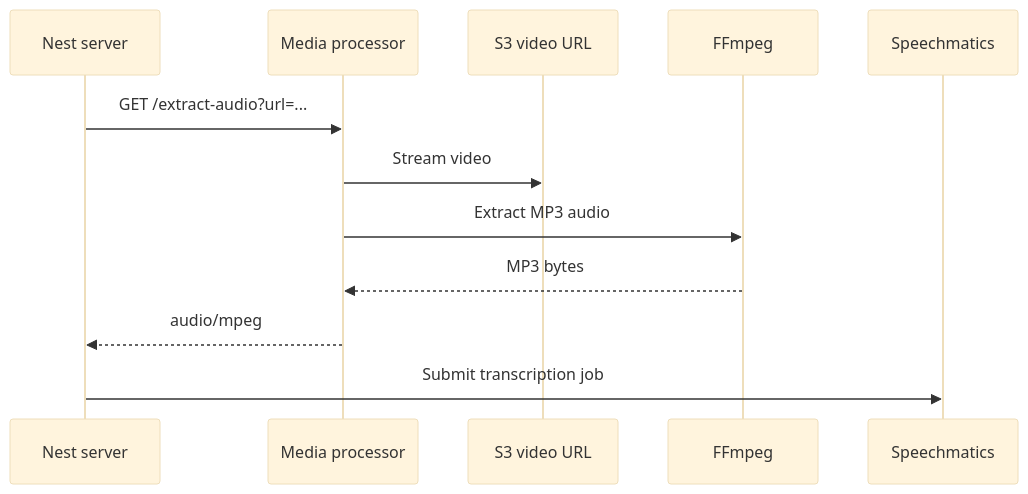
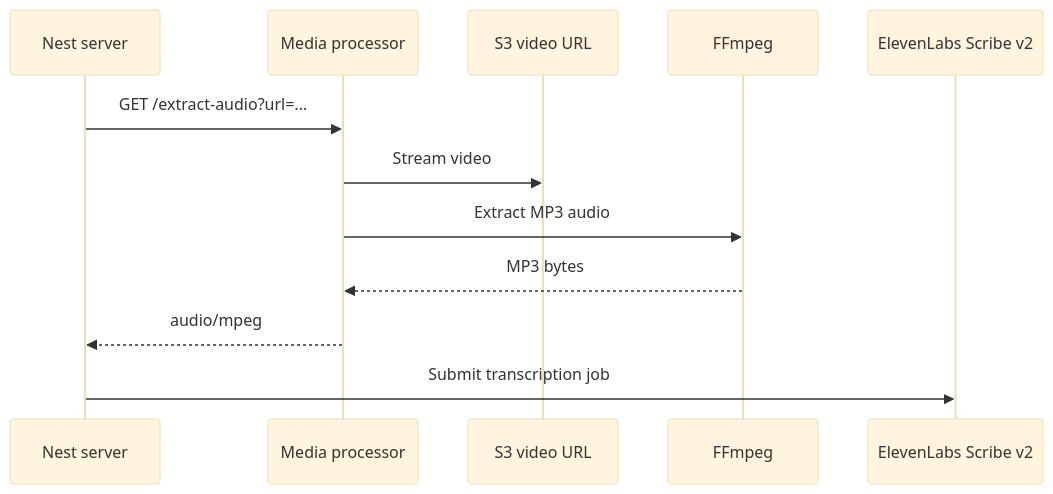
One commit to Dodjiq/Edith changed the diagram in apps/media-processor/README.md. Above: the diagram before and after it, drawn with Mermaid (base theme). The commit also changed other lines of this file and 62 other files, not shown here.

````diff
--- a/apps/media-processor/README.md
+++ b/apps/media-processor/README.md
@@ -15,15 +15,15 @@
 ```mermaid
 sequenceDiagram
   participant Server as Nest server
   participant Media as Media processor
   participant S3 as S3 video URL
   participant FFmpeg as FFmpeg
-  participant Speechmatics as Speechmatics
+  participant ElevenLabs as ElevenLabs Scribe v2
 
   Server->>Media: GET /extract-audio?url=...
   Media->>S3: Stream video
   Media->>FFmpeg: Extract MP3 audio
   FFmpeg-->>Media: MP3 bytes
   Media-->>Server: audio/mpeg
-  Server->>Speechmatics: Submit transcription job
+  Server->>ElevenLabs: Submit transcription job
 ```
````
